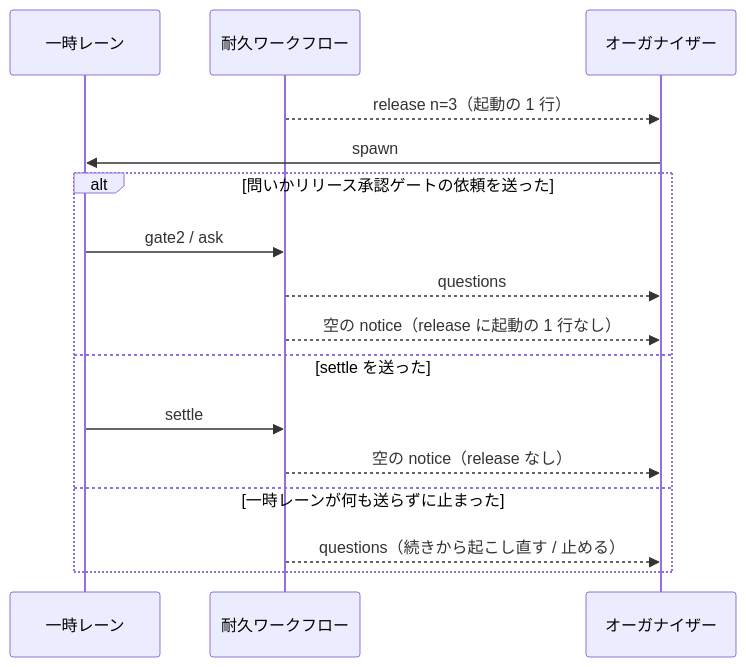
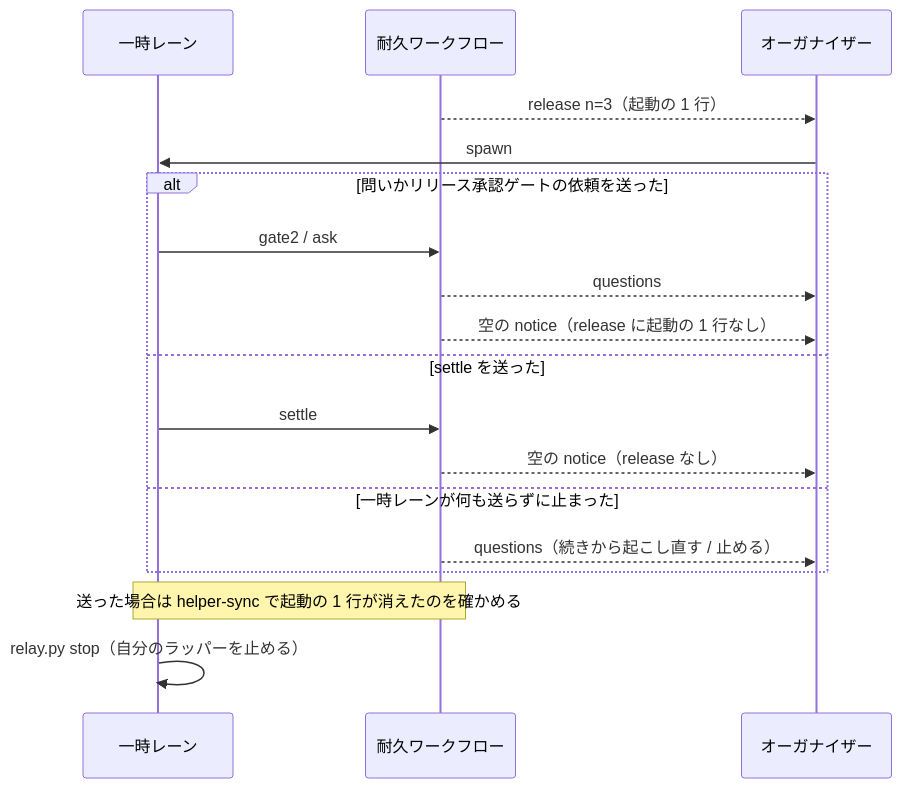
The sixth of 7 diagrams in issues/issue-2595-design.md (devbasex/ai-plugins), drawn with Mermaid before and after one commit. The commit also changed other lines of this file and 3 other files, not shown here.

````diff
--- a/issues/issue-2595-design.md
+++ b/issues/issue-2595-design.md
@@ -378,18 +398,20 @@
 ```mermaid
 sequenceDiagram
     participant Y as 一時レーン
     participant R as 耐久ワークフロー
     participant O as オーガナイザー
     R-->>O: release n=3（起動の 1 行）
     O->>Y: spawn
     alt 問いかリリース承認ゲートの依頼を送った
         Y->>R: gate2 / ask
         R-->>O: questions
         R-->>O: 空の notice（release に起動の 1 行なし）
     else settle を送った
         Y->>R: settle
         R-->>O: 空の notice（release なし）
     else 一時レーンが何も送らずに止まった
         R-->>O: questions（続きから起こし直す / 止める）
     end
+    Note over Y,R: 送った場合は helper-sync で起動の 1 行が消えたのを確かめる
+    Y->>Y: relay.py stop（自分のラッパーを止める）
 ```
````
